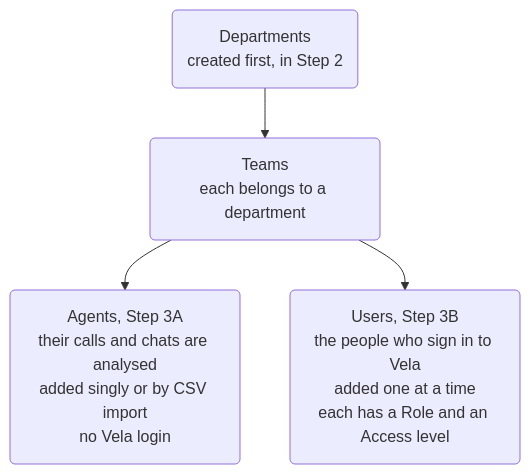
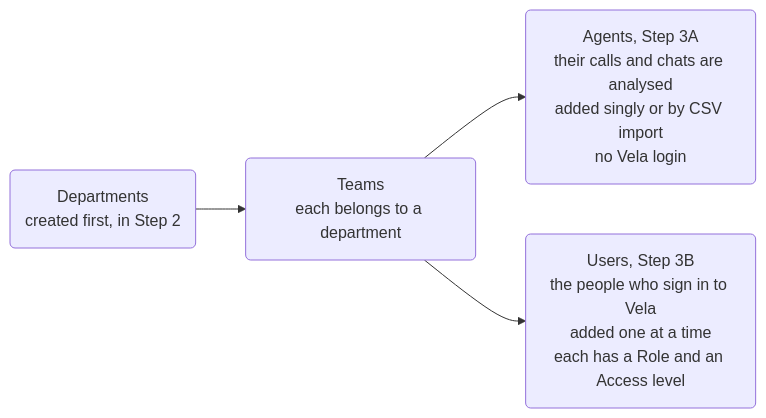
The diagram in docs/getting-started/quick-start/administrator-setup.md (Botlhale-AI/docs-vela), drawn with Mermaid before and after one commit. The commit also changed 15 other files, not shown here.

````diff
--- a/docs/getting-started/quick-start/administrator-setup.md
+++ b/docs/getting-started/quick-start/administrator-setup.md
@@ -112,6 +112,6 @@
 ```mermaid
-flowchart TD
+flowchart LR
     D("Departments<br/>created first, in Step 2") --> T("Teams<br/>each belongs to a department")
     T --> A("Agents, Step 3A<br/>their calls and chats are analysed<br/>added singly or by CSV import<br/>no Vela login")
     T --> U("Users, Step 3B<br/>the people who sign in to Vela<br/>added one at a time<br/>each has a Role and an Access level")
 ```
````
